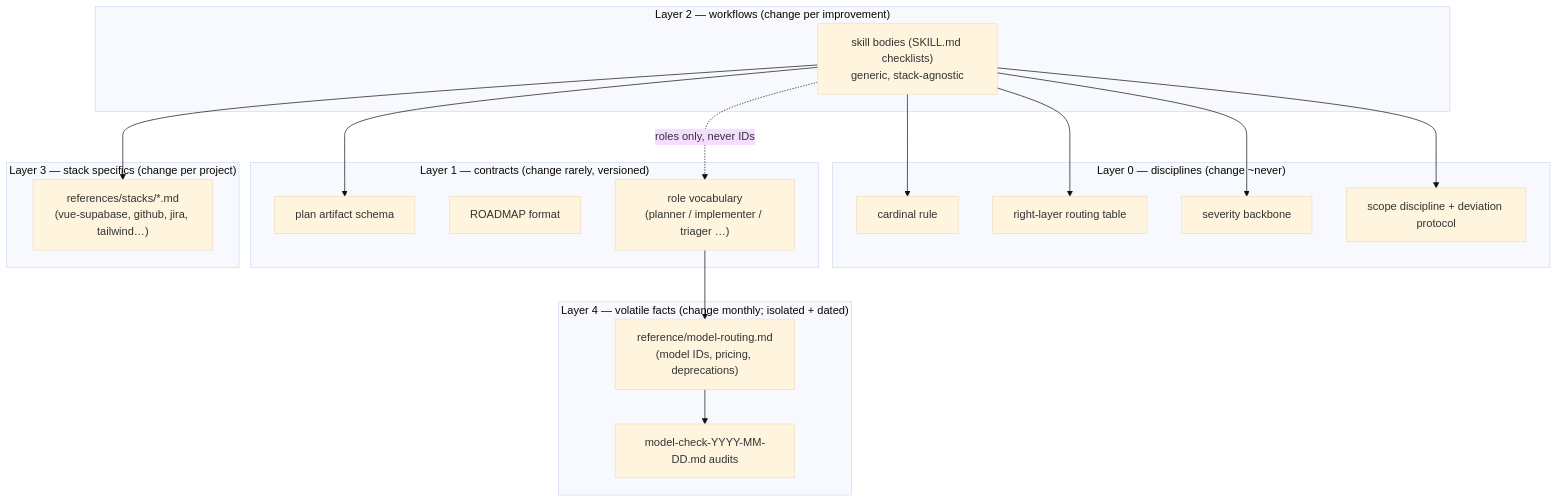
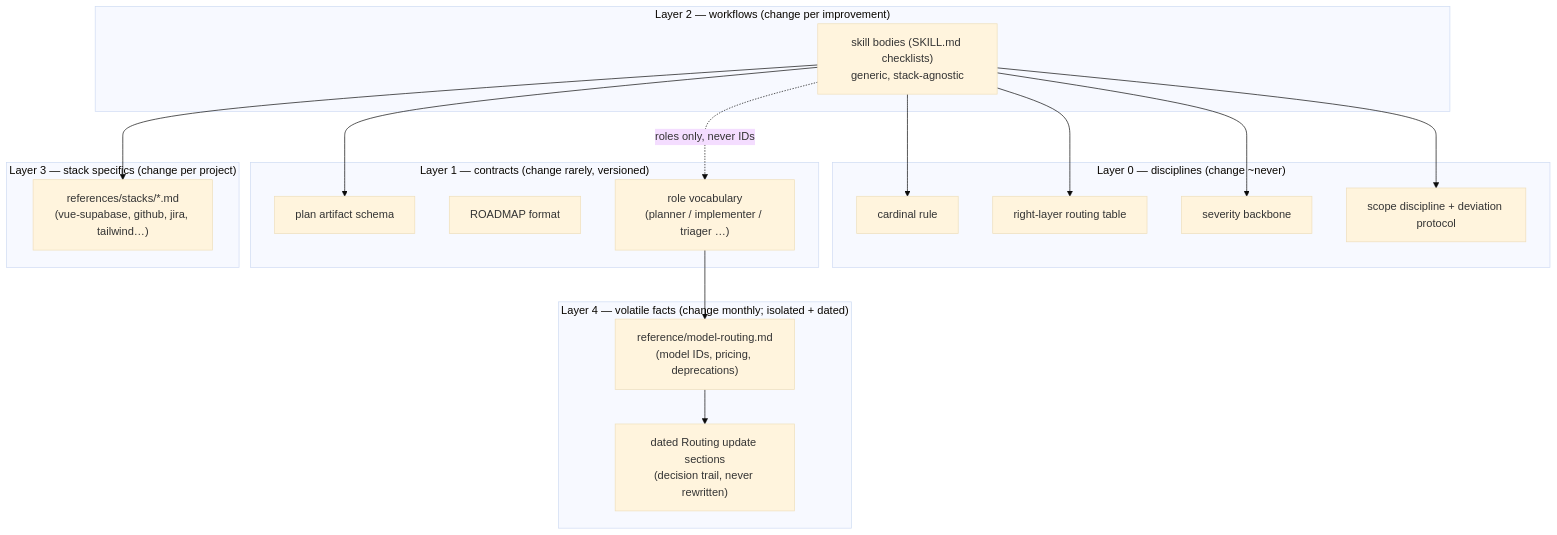
Before and after one commit to hierovision/ai-framework: the seventh of 13 diagrams in docs/CONCEPTS.md, drawn with Mermaid (base theme). The commit also changed other lines of this file and 9 other files, not shown here.

````diff
--- a/docs/CONCEPTS.md
+++ b/docs/CONCEPTS.md
@@ -360,30 +360,30 @@
 ```mermaid
 flowchart TB
     subgraph L0["Layer 0 — disciplines (change ~never)"]
         D1[cardinal rule]
         D2[right-layer routing table]
         D3[severity backbone]
         D4[scope discipline + deviation protocol]
     end
     subgraph L1["Layer 1 — contracts (change rarely, versioned)"]
         C1[plan artifact schema]
         C2[ROADMAP format]
         C3["role vocabulary<br/>(planner / implementer / triager …)"]
     end
     subgraph L2["Layer 2 — workflows (change per improvement)"]
         W1["skill bodies (SKILL.md checklists)<br/>generic, stack-agnostic"]
     end
     subgraph L3["Layer 3 — stack specifics (change per project)"]
         S1["references/stacks/*.md<br/>(vue-supabase, github, jira, tailwind…)"]
     end
     subgraph L4["Layer 4 — volatile facts (change monthly; isolated + dated)"]
         V1["reference/model-routing.md<br/>(model IDs, pricing, deprecations)"]
-        V2["model-check-YYYY-MM-DD.md audits"]
+        V2["dated Routing update sections<br/>(decision trail, never rewritten)"]
     end
     W1 --> D1 & D2 & D3 & D4
     W1 --> C1
     W1 --> S1
     W1 -.roles only, never IDs.-> C3
     C3 --> V1
     V1 --> V2
 ```
````
